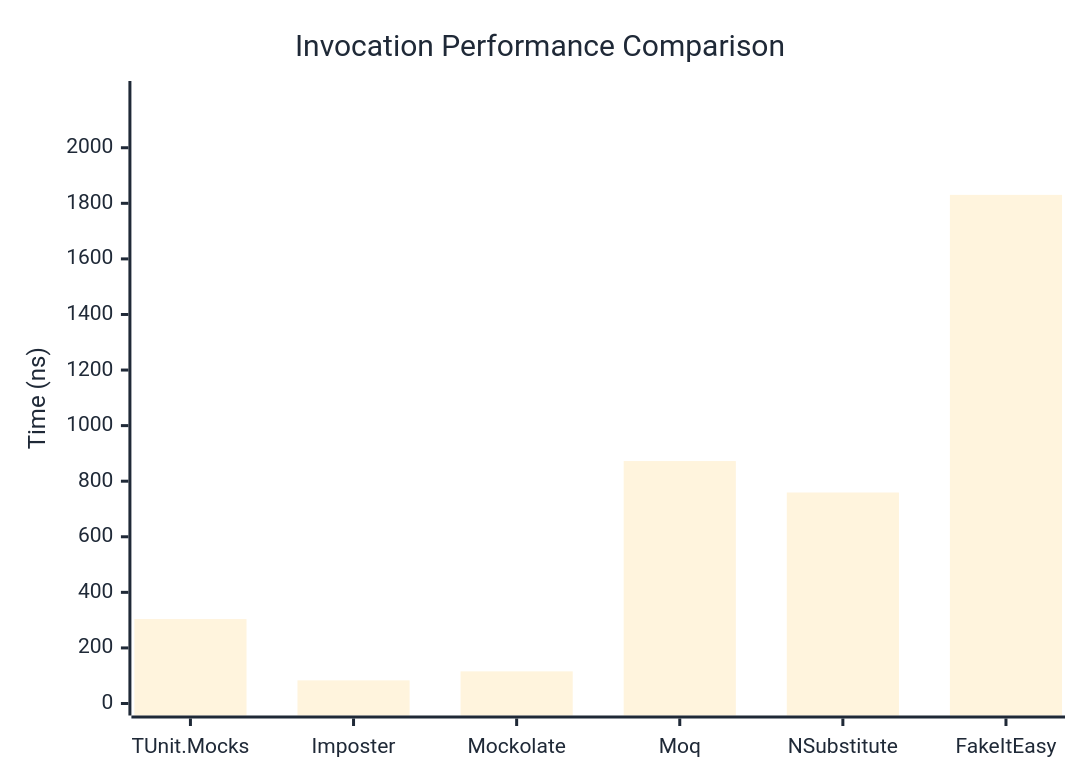
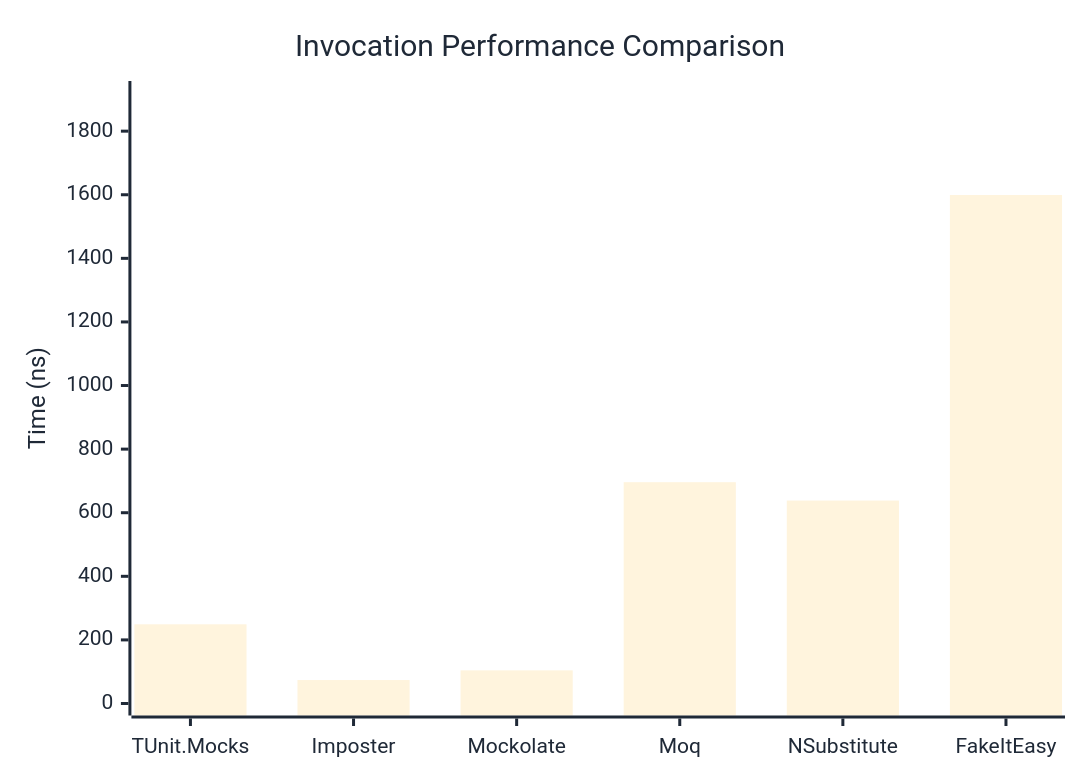
Before and after one commit to thomhurst/TUnit: the first of 3 diagrams in docs/docs/benchmarks/mocks/Invocation.md, drawn with Mermaid. The commit also changed other lines of this file and 14 other files, not shown here.

````diff
--- a/docs/docs/benchmarks/mocks/Invocation.md
+++ b/docs/docs/benchmarks/mocks/Invocation.md
@@ -30,27 +30,27 @@
 ```mermaid
 %%{init: {
   'theme':'base',
   'themeVariables': {
     'primaryColor': '#2563eb',
     'primaryTextColor': '#1f2937',
     'primaryBorderColor': '#1e40af',
     'lineColor': '#6b7280',
     'secondaryColor': '#7c3aed',
     'tertiaryColor': '#dc2626',
     'background': '#ffffff',
     'pie1': '#2563eb',
     'pie2': '#7c3aed',
     'pie3': '#dc2626',
     'pie4': '#f59e0b',
     'pie5': '#10b981',
     'pie6': '#06b6d4',
     'pie7': '#ec4899',
     'pie8': '#6366f1'
   }
 }}%%
 xychart-beta
   title "Invocation Performance Comparison"
   x-axis ["TUnit.Mocks", "Imposter", "Mockolate", "Moq", "NSubstitute", "FakeItEasy"]
-  y-axis "Time (ns)" 0 --> 2197
-  bar [303.8, 83.24, 115.71, 872.52, 759.33, 1830.36]
+  y-axis "Time (ns)" 0 --> 1920
+  bar [249.08, 73.77, 104.18, 696.03, 638.2, 1599.26]
 ```
````
